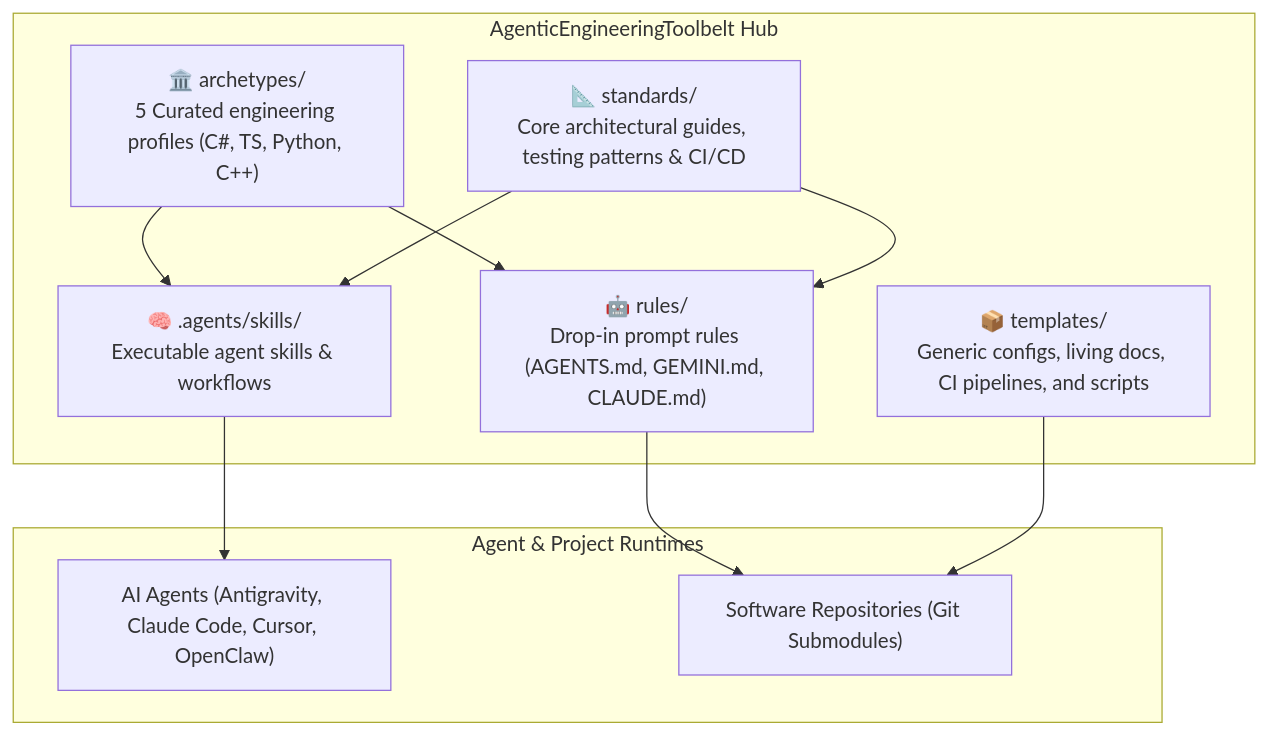
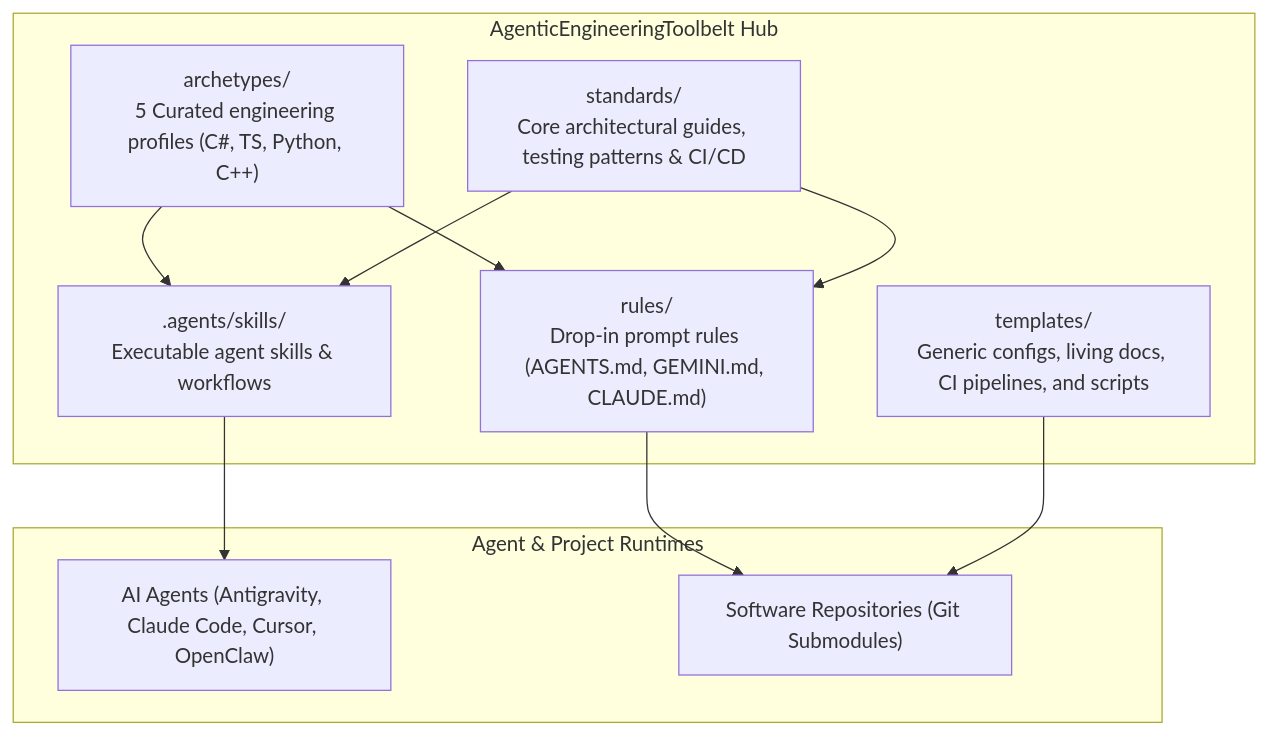
The diagram in README.md (spelech/AgenticEngineeringToolbelt), drawn with Mermaid before and after one commit. The commit also changed other lines of this file and 42 other files, not shown here.

````diff
--- a/README.md
+++ b/README.md
@@ -14,19 +14,19 @@
 ```mermaid
 flowchart TD
     subgraph Toolbelt["AgenticEngineeringToolbelt Hub"]
-        Archetypes["🏛️ archetypes/<br>5 Curated engineering profiles (C#, TS, Python, C++)"]
-        Standards["📐 standards/<br>Core architectural guides, testing patterns & CI/CD"]
-        Skills["🧠 .agents/skills/<br>Executable agent skills & workflows"]
-        Rules["🤖 rules/<br>Drop-in prompt rules (AGENTS.md, GEMINI.md, CLAUDE.md)"]
-        Templates["📦 templates/<br>Generic configs, living docs, CI pipelines, and scripts"]
+        Archetypes["archetypes/<br>5 Curated engineering profiles (C#, TS, Python, C++)"]
+        Standards["standards/<br>Core architectural guides, testing patterns & CI/CD"]
+        Skills[".agents/skills/<br>Executable agent skills & workflows"]
+        Rules["rules/<br>Drop-in prompt rules (AGENTS.md, GEMINI.md, CLAUDE.md)"]
+        Templates["templates/<br>Generic configs, living docs, CI pipelines, and scripts"]
     end
 
     subgraph Runtimes["Agent & Project Runtimes"]
         Agents["AI Agents (Antigravity, Claude Code, Cursor, OpenClaw)"]
         Repos["Software Repositories (Git Submodules)"]
     end
 
     Archetypes & Standards --> Skills & Rules
     Skills --> Agents
     Rules & Templates --> Repos
 ```
````
